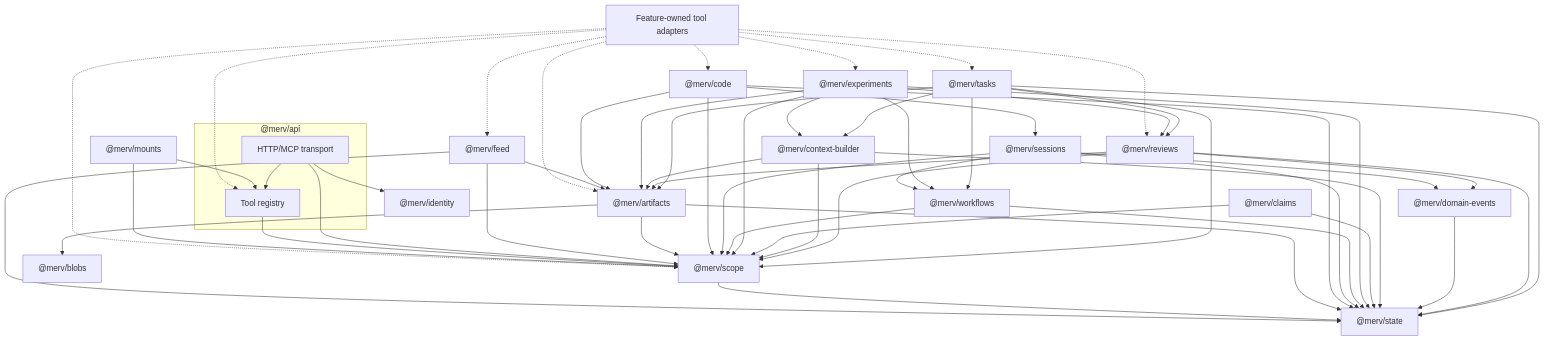
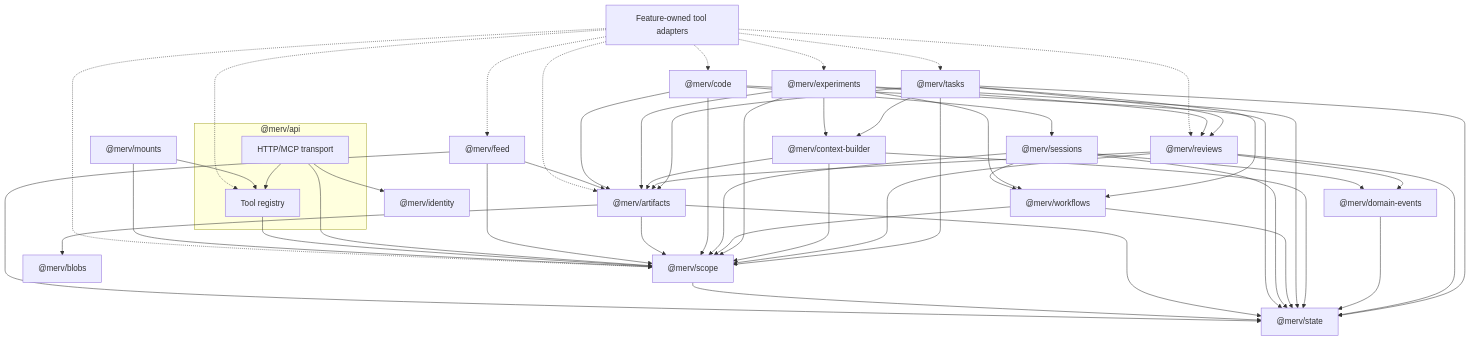
The second of 2 diagrams in merv-typescript/README.md (rapidreview-io/Merv), drawn with Mermaid before and after one commit. The commit also changed other lines of this file and 82 other files, not shown here.

````diff
--- a/merv-typescript/README.md
+++ b/merv-typescript/README.md
@@ -282,58 +282,56 @@
 ```mermaid
 flowchart TB
   Task["@merv/tasks"] --> State["@merv/state"]
   Task --> Scope["@merv/scope"]
   Task --> Workflows["@merv/workflows"]
   Task --> Artifacts["@merv/artifacts"]
   Task --> Reviews["@merv/reviews"]
   Reviews --> State
   Reviews --> Scope
   Reviews --> Artifacts
   Reviews --> DomainEvents["@merv/domain-events"]
   DomainEvents --> State
   Task --> ContextBuilder["@merv/context-builder"]
   ContextBuilder --> State
   ContextBuilder --> Scope
   ContextBuilder --> Artifacts
-  Claims["@merv/claims"] --> State
-  Claims --> Scope
   Experiments["@merv/experiments"] --> State
   Experiments --> Scope
   Experiments --> Artifacts
   Experiments --> Workflows
   Experiments --> Reviews
   Experiments --> ContextBuilder
   Workflows --> State
   Workflows --> Scope
   Sessions["@merv/sessions"] --> State
   Sessions --> Scope
   Sessions --> Workflows
   Sessions --> DomainEvents
   Code["@merv/code"] --> State
   Code --> Scope
   Code --> Sessions
   Code --> Artifacts
   Artifacts --> State
   Artifacts --> Scope
   Artifacts --> Blobs["@merv/blobs"]
   Scope --> State
   Feed["@merv/feed"] --> State
   Feed --> Scope
   Feed --> Artifacts
   subgraph API["@merv/api"]
     HTTP["HTTP/MCP transport"] --> Tools["Tool registry"]
   end
   HTTP --> Scope
   HTTP --> Identity["@merv/identity"]
   Tools --> Scope
   Mounts["@merv/mounts"] --> Scope
   Mounts --> Tools
   Adapters["Feature-owned tool adapters"] -.-> Tools
   Adapters -.-> Task
   Adapters -.-> Artifacts
   Adapters -.-> Reviews
   Adapters -.-> Scope
   Adapters -.-> Feed
   Adapters -.-> Code
   Adapters -.-> Experiments
 ```
````
